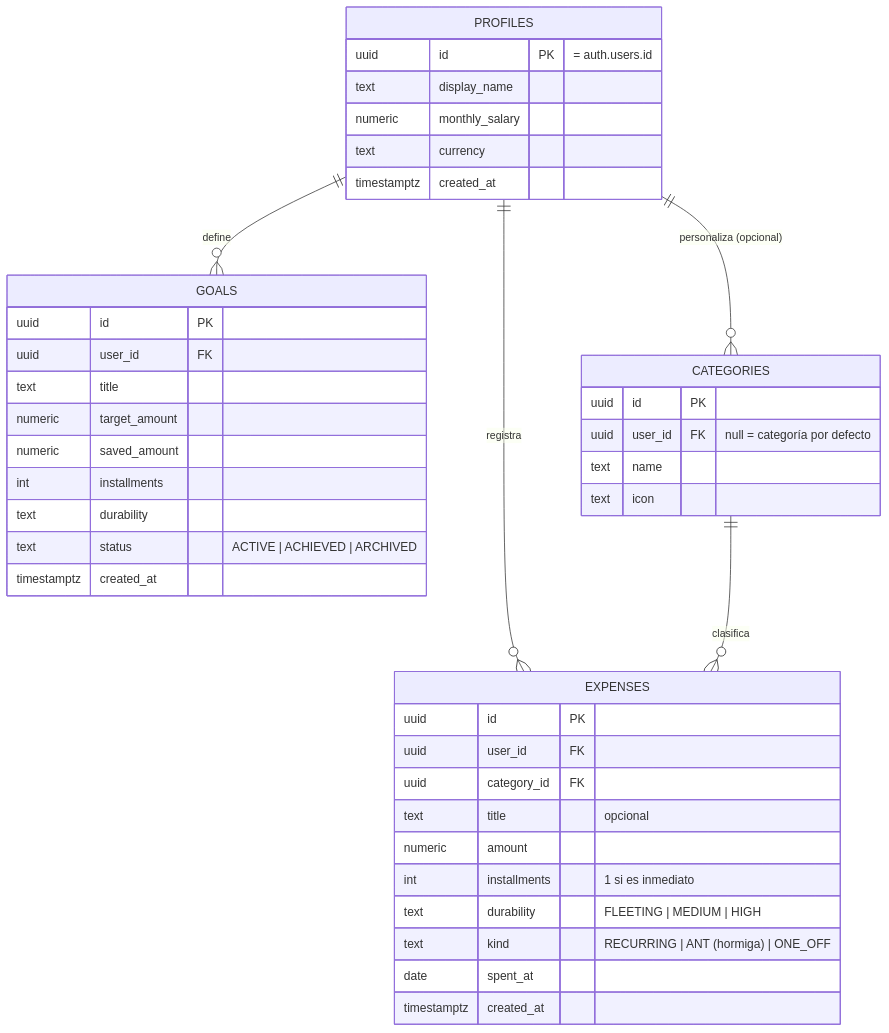
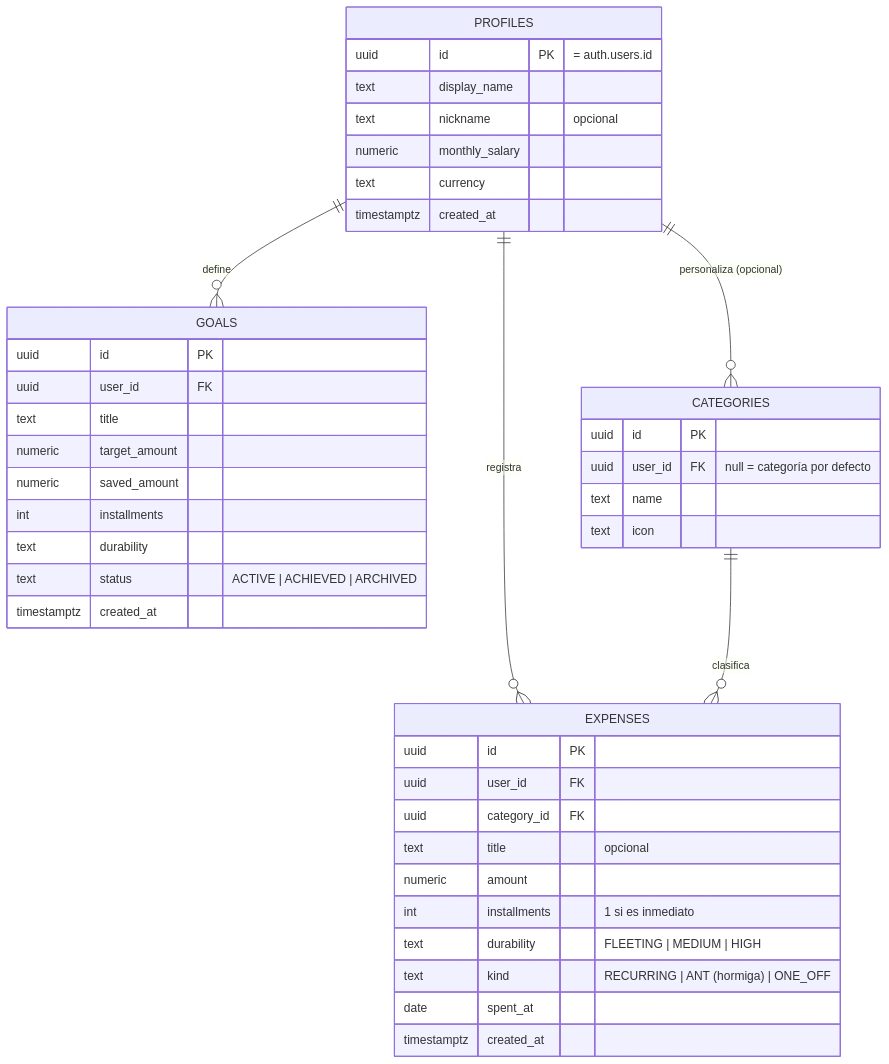
Before and after one commit to Gaburiiru/capricho: the fifth of 5 diagrams in README.md, drawn with Mermaid. The commit also changed other lines of this file and 46 other files, not shown here.

````diff
--- a/README.md
+++ b/README.md
@@ -341,44 +344,45 @@
 ```mermaid
 erDiagram
     PROFILES ||--o{ EXPENSES : registra
     PROFILES ||--o{ GOALS : define
     CATEGORIES ||--o{ EXPENSES : clasifica
     PROFILES ||--o{ CATEGORIES : "personaliza (opcional)"
 
     PROFILES {
         uuid id PK "= auth.users.id"
         text display_name
+        text nickname "opcional"
         numeric monthly_salary
         text currency
         timestamptz created_at
     }
     CATEGORIES {
         uuid id PK
         uuid user_id FK "null = categoría por defecto"
         text name
         text icon
     }
     EXPENSES {
         uuid id PK
         uuid user_id FK
         uuid category_id FK
         text title "opcional"
         numeric amount
         int installments "1 si es inmediato"
         text durability "FLEETING | MEDIUM | HIGH"
         text kind "RECURRING | ANT (hormiga) | ONE_OFF"
         date spent_at
         timestamptz created_at
     }
     GOALS {
         uuid id PK
         uuid user_id FK
         text title
         numeric target_amount
         numeric saved_amount
         int installments
         text durability
         text status "ACTIVE | ACHIEVED | ARCHIVED"
         timestamptz created_at
     }
 ```
````
